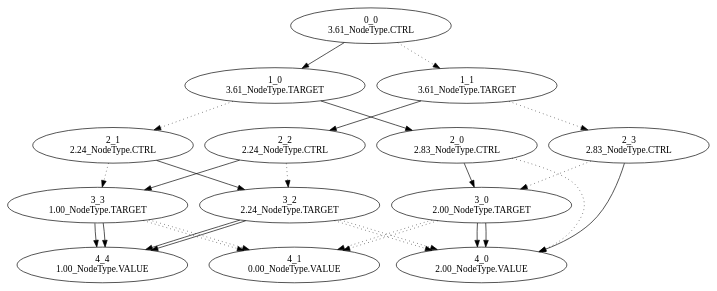
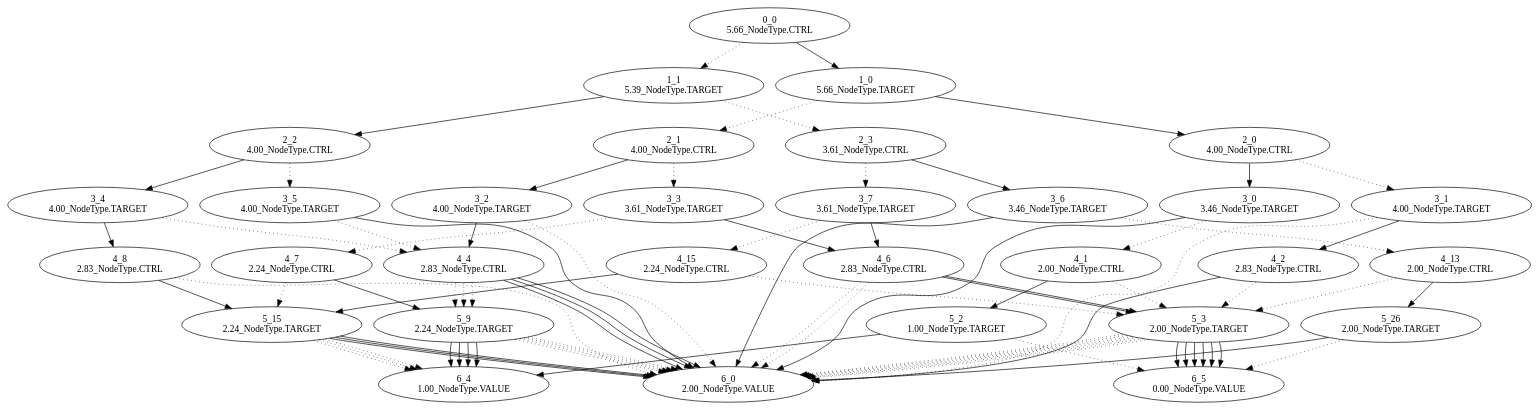
Before and after one commit to Jeff848/column_block_encoding: the diagram in bin_tree_digraph.dot, drawn with Graphviz. The commit also changed 7 other files, not shown here.

```diff
--- a/bin_tree_digraph.dot
+++ b/bin_tree_digraph.dot
@@ -1,134 +1,414 @@
 digraph {
 	"0_0
-3.61_NodeType.CTRL"
+5.66_NodeType.CTRL"
 	"1_0
-3.61_NodeType.TARGET"
+5.66_NodeType.TARGET"
 	"0_0
-3.61_NodeType.CTRL" -> "1_0
-3.61_NodeType.TARGET"
+5.66_NodeType.CTRL" -> "1_0
+5.66_NodeType.TARGET"
 	"2_0
-2.83_NodeType.CTRL"
+4.00_NodeType.CTRL"
 	"1_0
-3.61_NodeType.TARGET" -> "2_0
-2.83_NodeType.CTRL"
+5.66_NodeType.TARGET" -> "2_0
+4.00_NodeType.CTRL"
 	"3_0
-2.00_NodeType.TARGET"
+3.46_NodeType.TARGET"
 	"2_0
-2.83_NodeType.CTRL" -> "3_0
-2.00_NodeType.TARGET"
-	"4_0
+4.00_NodeType.CTRL" -> "3_0
+3.46_NodeType.TARGET"
+	"6_0
 2.00_NodeType.VALUE"
 	"3_0
-2.00_NodeType.TARGET" -> "4_0
+3.46_NodeType.TARGET" -> "6_0
 2.00_NodeType.VALUE"
 	"4_1
+2.00_NodeType.CTRL"
+	"3_0
+3.46_NodeType.TARGET" -> "4_1
+2.00_NodeType.CTRL" [style=dotted]
+	"5_2
+1.00_NodeType.TARGET"
+	"4_1
+2.00_NodeType.CTRL" -> "5_2
+1.00_NodeType.TARGET"
+	"6_4
+1.00_NodeType.VALUE"
+	"5_2
+1.00_NodeType.TARGET" -> "6_4
+1.00_NodeType.VALUE"
+	"6_5
 0.00_NodeType.VALUE"
-	"3_0
-2.00_NodeType.TARGET" -> "4_1
+	"5_2
+1.00_NodeType.TARGET" -> "6_5
 0.00_NodeType.VALUE" [style=dotted]
-	"4_0
+	"5_3
+2.00_NodeType.TARGET"
+	"4_1
+2.00_NodeType.CTRL" -> "5_3
+2.00_NodeType.TARGET" [style=dotted]
+	"6_5
+0.00_NodeType.VALUE"
+	"5_3
+2.00_NodeType.TARGET" -> "6_5
+0.00_NodeType.VALUE"
+	"6_0
 2.00_NodeType.VALUE"
+	"5_3
+2.00_NodeType.TARGET" -> "6_0
+2.00_NodeType.VALUE" [style=dotted]
+	"3_1
+4.00_NodeType.TARGET"
 	"2_0
-2.83_NodeType.CTRL" -> "4_0
+4.00_NodeType.CTRL" -> "3_1
+4.00_NodeType.TARGET" [style=dotted]
+	"4_2
+2.83_NodeType.CTRL"
+	"3_1
+4.00_NodeType.TARGET" -> "4_2
+2.83_NodeType.CTRL"
+	"6_0
+2.00_NodeType.VALUE"
+	"4_2
+2.83_NodeType.CTRL" -> "6_0
+2.00_NodeType.VALUE"
+	"5_3
+2.00_NodeType.TARGET"
+	"4_2
+2.83_NodeType.CTRL" -> "5_3
+2.00_NodeType.TARGET" [style=dotted]
+	"6_5
+0.00_NodeType.VALUE"
+	"5_3
+2.00_NodeType.TARGET" -> "6_5
+0.00_NodeType.VALUE"
+	"6_0
+2.00_NodeType.VALUE"
+	"5_3
+2.00_NodeType.TARGET" -> "6_0
+2.00_NodeType.VALUE" [style=dotted]
+	"6_0
+2.00_NodeType.VALUE"
+	"3_1
+4.00_NodeType.TARGET" -> "6_0
 2.00_NodeType.VALUE" [style=dotted]
 	"2_1
-2.24_NodeType.CTRL"
+4.00_NodeType.CTRL"
 	"1_0
-3.61_NodeType.TARGET" -> "2_1
-2.24_NodeType.CTRL" [style=dotted]
+5.66_NodeType.TARGET" -> "2_1
+4.00_NodeType.CTRL" [style=dotted]
 	"3_2
-2.24_NodeType.TARGET"
+4.00_NodeType.TARGET"
 	"2_1
-2.24_NodeType.CTRL" -> "3_2
+4.00_NodeType.CTRL" -> "3_2
+4.00_NodeType.TARGET"
+	"4_4
+2.83_NodeType.CTRL"
+	"3_2
+4.00_NodeType.TARGET" -> "4_4
+2.83_NodeType.CTRL"
+	"6_0
+2.00_NodeType.VALUE"
+	"4_4
+2.83_NodeType.CTRL" -> "6_0
+2.00_NodeType.VALUE"
+	"5_9
 2.24_NodeType.TARGET"
 	"4_4
+2.83_NodeType.CTRL" -> "5_9
+2.24_NodeType.TARGET" [style=dotted]
+	"6_4
 1.00_NodeType.VALUE"
-	"3_2
-2.24_NodeType.TARGET" -> "4_4
+	"5_9
+2.24_NodeType.TARGET" -> "6_4
 1.00_NodeType.VALUE"
-	"4_0
+	"6_0
+2.00_NodeType.VALUE"
+	"5_9
+2.24_NodeType.TARGET" -> "6_0
+2.00_NodeType.VALUE" [style=dotted]
+	"6_0
 2.00_NodeType.VALUE"
 	"3_2
-2.24_NodeType.TARGET" -> "4_0
+4.00_NodeType.TARGET" -> "6_0
 2.00_NodeType.VALUE" [style=dotted]
 	"3_3
-1.00_NodeType.TARGET"
+3.61_NodeType.TARGET"
 	"2_1
-2.24_NodeType.CTRL" -> "3_3
-1.00_NodeType.TARGET" [style=dotted]
-	"4_4
-1.00_NodeType.VALUE"
+4.00_NodeType.CTRL" -> "3_3
+3.61_NodeType.TARGET" [style=dotted]
+	"4_6
+2.83_NodeType.CTRL"
 	"3_3
-1.00_NodeType.TARGET" -> "4_4
-1.00_NodeType.VALUE"
-	"4_1
+3.61_NodeType.TARGET" -> "4_6
+2.83_NodeType.CTRL"
+	"5_3
+2.00_NodeType.TARGET"
+	"4_6
+2.83_NodeType.CTRL" -> "5_3
+2.00_NodeType.TARGET"
+	"6_5
 0.00_NodeType.VALUE"
-	"3_3
-1.00_NodeType.TARGET" -> "4_1
-0.00_NodeType.VALUE" [style=dotted]
-	"1_1
-3.61_NodeType.TARGET"
-	"0_0
-3.61_NodeType.CTRL" -> "1_1
-3.61_NodeType.TARGET" [style=dotted]
-	"2_2
-2.24_NodeType.CTRL"
-	"1_1
-3.61_NodeType.TARGET" -> "2_2
+	"5_3
+2.00_NodeType.TARGET" -> "6_5
+0.00_NodeType.VALUE"
+	"6_0
+2.00_NodeType.VALUE"
+	"5_3
+2.00_NodeType.TARGET" -> "6_0
+2.00_NodeType.VALUE" [style=dotted]
+	"6_0
+2.00_NodeType.VALUE"
+	"4_6
+2.83_NodeType.CTRL" -> "6_0
+2.00_NodeType.VALUE" [style=dotted]
+	"4_7
 2.24_NodeType.CTRL"
 	"3_3
-1.00_NodeType.TARGET"
+3.61_NodeType.TARGET" -> "4_7
+2.24_NodeType.CTRL" [style=dotted]
+	"5_9
+2.24_NodeType.TARGET"
+	"4_7
+2.24_NodeType.CTRL" -> "5_9
+2.24_NodeType.TARGET"
+	"6_4
+1.00_NodeType.VALUE"
+	"5_9
+2.24_NodeType.TARGET" -> "6_4
+1.00_NodeType.VALUE"
+	"6_0
+2.00_NodeType.VALUE"
+	"5_9
+2.24_NodeType.TARGET" -> "6_0
+2.00_NodeType.VALUE" [style=dotted]
+	"5_15
+2.24_NodeType.TARGET"
+	"4_7
+2.24_NodeType.CTRL" -> "5_15
+2.24_NodeType.TARGET" [style=dotted]
+	"6_0
+2.00_NodeType.VALUE"
+	"5_15
+2.24_NodeType.TARGET" -> "6_0
+2.00_NodeType.VALUE"
+	"6_4
+1.00_NodeType.VALUE"
+	"5_15
+2.24_NodeType.TARGET" -> "6_4
+1.00_NodeType.VALUE" [style=dotted]
+	"1_1
+5.39_NodeType.TARGET"
+	"0_0
+5.66_NodeType.CTRL" -> "1_1
+5.39_NodeType.TARGET" [style=dotted]
 	"2_2
-2.24_NodeType.CTRL" -> "3_3
-1.00_NodeType.TARGET"
+4.00_NodeType.CTRL"
+	"1_1
+5.39_NodeType.TARGET" -> "2_2
+4.00_NodeType.CTRL"
+	"3_4
+4.00_NodeType.TARGET"
+	"2_2
+4.00_NodeType.CTRL" -> "3_4
+4.00_NodeType.TARGET"
+	"4_8
+2.83_NodeType.CTRL"
+	"3_4
+4.00_NodeType.TARGET" -> "4_8
+2.83_NodeType.CTRL"
+	"5_15
+2.24_NodeType.TARGET"
+	"4_8
+2.83_NodeType.CTRL" -> "5_15
+2.24_NodeType.TARGET"
+	"6_0
+2.00_NodeType.VALUE"
+	"5_15
+2.24_NodeType.TARGET" -> "6_0
+2.00_NodeType.VALUE"
+	"6_4
+1.00_NodeType.VALUE"
+	"5_15
+2.24_NodeType.TARGET" -> "6_4
+1.00_NodeType.VALUE" [style=dotted]
+	"6_0
+2.00_NodeType.VALUE"
+	"4_8
+2.83_NodeType.CTRL" -> "6_0
+2.00_NodeType.VALUE" [style=dotted]
 	"4_4
+2.83_NodeType.CTRL"
+	"3_4
+4.00_NodeType.TARGET" -> "4_4
+2.83_NodeType.CTRL" [style=dotted]
+	"6_0
+2.00_NodeType.VALUE"
+	"4_4
+2.83_NodeType.CTRL" -> "6_0
+2.00_NodeType.VALUE"
+	"5_9
+2.24_NodeType.TARGET"
+	"4_4
+2.83_NodeType.CTRL" -> "5_9
+2.24_NodeType.TARGET" [style=dotted]
+	"6_4
 1.00_NodeType.VALUE"
-	"3_3
-1.00_NodeType.TARGET" -> "4_4
+	"5_9
+2.24_NodeType.TARGET" -> "6_4
 1.00_NodeType.VALUE"
-	"4_1
-0.00_NodeType.VALUE"
-	"3_3
-1.00_NodeType.TARGET" -> "4_1
-0.00_NodeType.VALUE" [style=dotted]
-	"3_2
+	"6_0
+2.00_NodeType.VALUE"
+	"5_9
+2.24_NodeType.TARGET" -> "6_0
+2.00_NodeType.VALUE" [style=dotted]
+	"3_5
+4.00_NodeType.TARGET"
+	"2_2
+4.00_NodeType.CTRL" -> "3_5
+4.00_NodeType.TARGET" [style=dotted]
+	"6_0
+2.00_NodeType.VALUE"
+	"3_5
+4.00_NodeType.TARGET" -> "6_0
+2.00_NodeType.VALUE"
+	"4_4
+2.83_NodeType.CTRL"
+	"3_5
+4.00_NodeType.TARGET" -> "4_4
+2.83_NodeType.CTRL" [style=dotted]
+	"6_0
+2.00_NodeType.VALUE"
+	"4_4
+2.83_NodeType.CTRL" -> "6_0
+2.00_NodeType.VALUE"
+	"5_9
 2.24_NodeType.TARGET"
-	"2_2
-2.24_NodeType.CTRL" -> "3_2
+	"4_4
+2.83_NodeType.CTRL" -> "5_9
 2.24_NodeType.TARGET" [style=dotted]
-	"4_4
+	"6_4
 1.00_NodeType.VALUE"
-	"3_2
-2.24_NodeType.TARGET" -> "4_4
+	"5_9
+2.24_NodeType.TARGET" -> "6_4
 1.00_NodeType.VALUE"
-	"4_0
+	"6_0
 2.00_NodeType.VALUE"
-	"3_2
-2.24_NodeType.TARGET" -> "4_0
+	"5_9
+2.24_NodeType.TARGET" -> "6_0
 2.00_NodeType.VALUE" [style=dotted]
 	"2_3
+3.61_NodeType.CTRL"
+	"1_1
+5.39_NodeType.TARGET" -> "2_3
+3.61_NodeType.CTRL" [style=dotted]
+	"3_6
+3.46_NodeType.TARGET"
+	"2_3
+3.61_NodeType.CTRL" -> "3_6
+3.46_NodeType.TARGET"
+	"6_0
+2.00_NodeType.VALUE"
+	"3_6
+3.46_NodeType.TARGET" -> "6_0
+2.00_NodeType.VALUE"
+	"4_13
+2.00_NodeType.CTRL"
+	"3_6
+3.46_NodeType.TARGET" -> "4_13
+2.00_NodeType.CTRL" [style=dotted]
+	"5_26
+2.00_NodeType.TARGET"
+	"4_13
+2.00_NodeType.CTRL" -> "5_26
+2.00_NodeType.TARGET"
+	"6_0
+2.00_NodeType.VALUE"
+	"5_26
+2.00_NodeType.TARGET" -> "6_0
+2.00_NodeType.VALUE"
+	"6_5
+0.00_NodeType.VALUE"
+	"5_26
+2.00_NodeType.TARGET" -> "6_5
+0.00_NodeType.VALUE" [style=dotted]
+	"5_3
+2.00_NodeType.TARGET"
+	"4_13
+2.00_NodeType.CTRL" -> "5_3
+2.00_NodeType.TARGET" [style=dotted]
+	"6_5
+0.00_NodeType.VALUE"
+	"5_3
+2.00_NodeType.TARGET" -> "6_5
+0.00_NodeType.VALUE"
+	"6_0
+2.00_NodeType.VALUE"
+	"5_3
+2.00_NodeType.TARGET" -> "6_0
+2.00_NodeType.VALUE" [style=dotted]
+	"3_7
+3.61_NodeType.TARGET"
+	"2_3
+3.61_NodeType.CTRL" -> "3_7
+3.61_NodeType.TARGET" [style=dotted]
+	"4_6
 2.83_NodeType.CTRL"
-	"1_1
-3.61_NodeType.TARGET" -> "2_3
-2.83_NodeType.CTRL" [style=dotted]
-	"4_0
+	"3_7
+3.61_NodeType.TARGET" -> "4_6
+2.83_NodeType.CTRL"
+	"5_3
+2.00_NodeType.TARGET"
+	"4_6
+2.83_NodeType.CTRL" -> "5_3
+2.00_NodeType.TARGET"
+	"6_5
+0.00_NodeType.VALUE"
+	"5_3
+2.00_NodeType.TARGET" -> "6_5
+0.00_NodeType.VALUE"
+	"6_0
 2.00_NodeType.VALUE"
-	"2_3
-2.83_NodeType.CTRL" -> "4_0
+	"5_3
+2.00_NodeType.TARGET" -> "6_0
+2.00_NodeType.VALUE" [style=dotted]
+	"6_0
 2.00_NodeType.VALUE"
-	"3_0
+	"4_6
+2.83_NodeType.CTRL" -> "6_0
+2.00_NodeType.VALUE" [style=dotted]
+	"4_15
+2.24_NodeType.CTRL"
+	"3_7
+3.61_NodeType.TARGET" -> "4_15
+2.24_NodeType.CTRL" [style=dotted]
+	"5_15
+2.24_NodeType.TARGET"
+	"4_15
+2.24_NodeType.CTRL" -> "5_15
+2.24_NodeType.TARGET"
+	"6_0
+2.00_NodeType.VALUE"
+	"5_15
+2.24_NodeType.TARGET" -> "6_0
+2.00_NodeType.VALUE"
+	"6_4
+1.00_NodeType.VALUE"
+	"5_15
+2.24_NodeType.TARGET" -> "6_4
+1.00_NodeType.VALUE" [style=dotted]
+	"5_3
 2.00_NodeType.TARGET"
-	"2_3
-2.83_NodeType.CTRL" -> "3_0
+	"4_15
+2.24_NodeType.CTRL" -> "5_3
 2.00_NodeType.TARGET" [style=dotted]
-	"4_0
+	"6_5
+0.00_NodeType.VALUE"
+	"5_3
+2.00_NodeType.TARGET" -> "6_5
+0.00_NodeType.VALUE"
+	"6_0
 2.00_NodeType.VALUE"
-	"3_0
-2.00_NodeType.TARGET" -> "4_0
-2.00_NodeType.VALUE"
-	"4_1
-0.00_NodeType.VALUE"
-	"3_0
-2.00_NodeType.TARGET" -> "4_1
-0.00_NodeType.VALUE" [style=dotted]
+	"5_3
+2.00_NodeType.TARGET" -> "6_0
+2.00_NodeType.VALUE" [style=dotted]
 }
```
